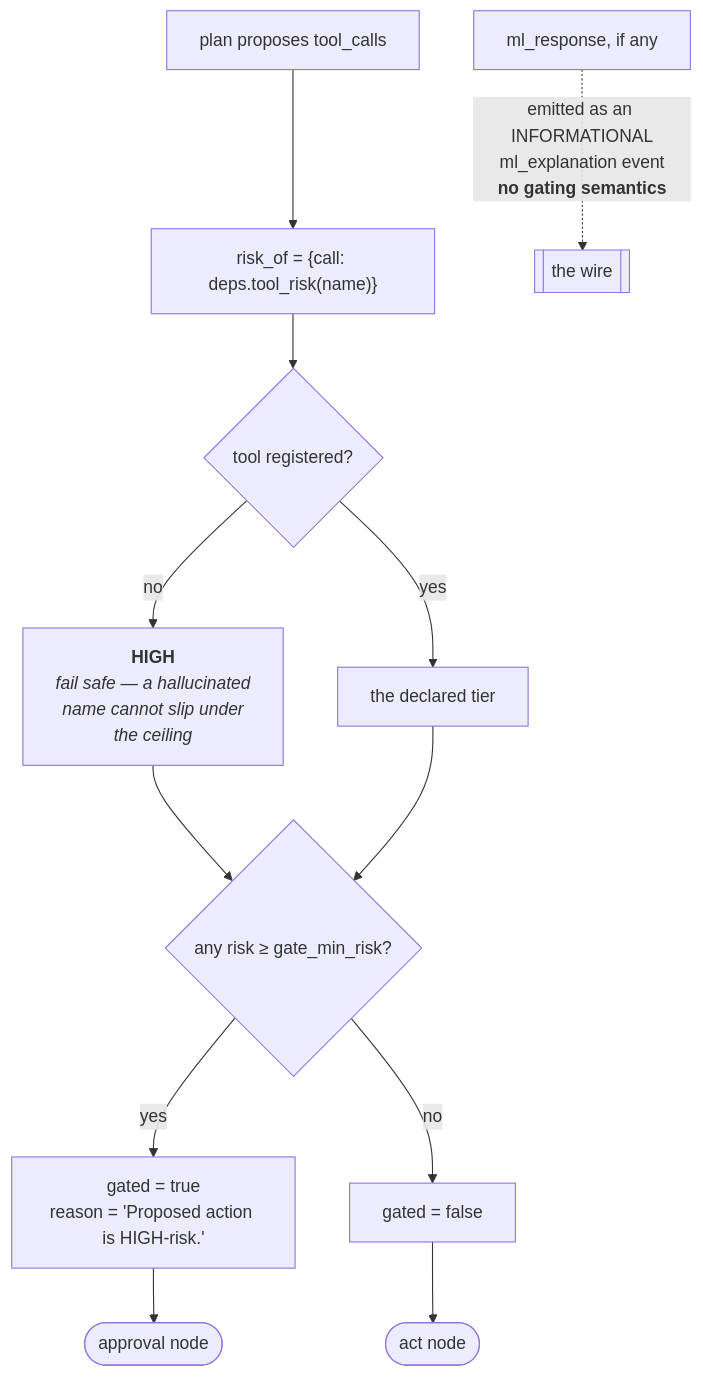
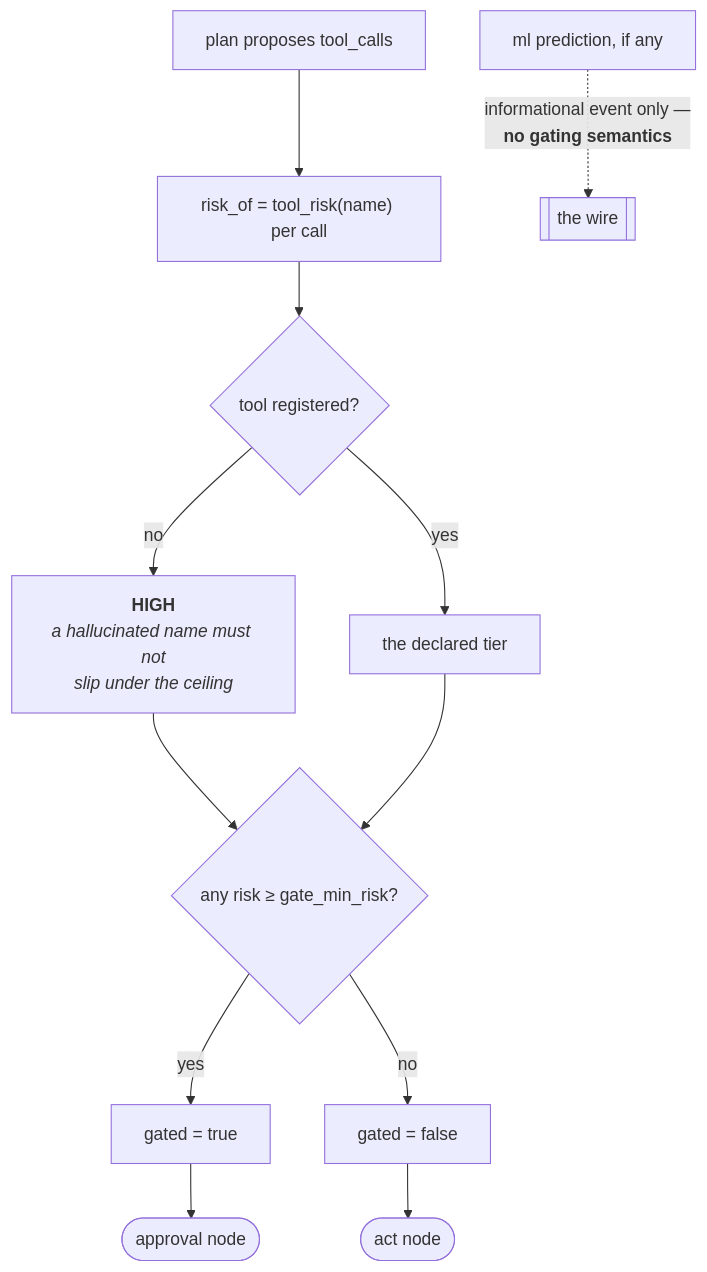
The second of 5 diagrams in docs/teaching/agent/40-diagrams.md (yrevash/aegis), drawn with Mermaid before and after one commit. The commit also changed other lines of this file and 111 other files, not shown here.

````diff
--- a/docs/teaching/agent/40-diagrams.md
+++ b/docs/teaching/agent/40-diagrams.md
@@ -62,17 +62,17 @@
 ```mermaid
 flowchart TB
-    P["plan proposes tool_calls"] --> R["risk_of = {call: deps.tool_risk(name)}"]
+    P["plan proposes tool_calls"] --> R["risk_of = tool_risk(name) per call"]
     R --> U{"tool registered?"}
-    U -->|no| H["<b>HIGH</b><br/><i>fail safe — a hallucinated<br/>name cannot slip under<br/>the ceiling</i>"]
+    U -->|no| H["<b>HIGH</b><br/><i>a hallucinated name must not<br/>slip under the ceiling</i>"]
     U -->|yes| D["the declared tier"]
 
     H --> C{"any risk ≥ gate_min_risk?"}
     D --> C
-    C -->|yes| G["gated = true<br/>reason = 'Proposed action is HIGH-risk.'"]
+    C -->|yes| G["gated = true"]
     C -->|no| NG["gated = false"]
 
     G --> AP([approval node])
     NG --> ACT([act node])
 
-    MLX["ml_response, if any"] -.->|"emitted as an INFORMATIONAL<br/>ml_explanation event<br/><b>no gating semantics</b>"| EV[["the wire"]]
+    MLX["ml prediction, if any"] -.->|"informational event only —<br/><b>no gating semantics</b>"| EV[["the wire"]]
 ```
````
